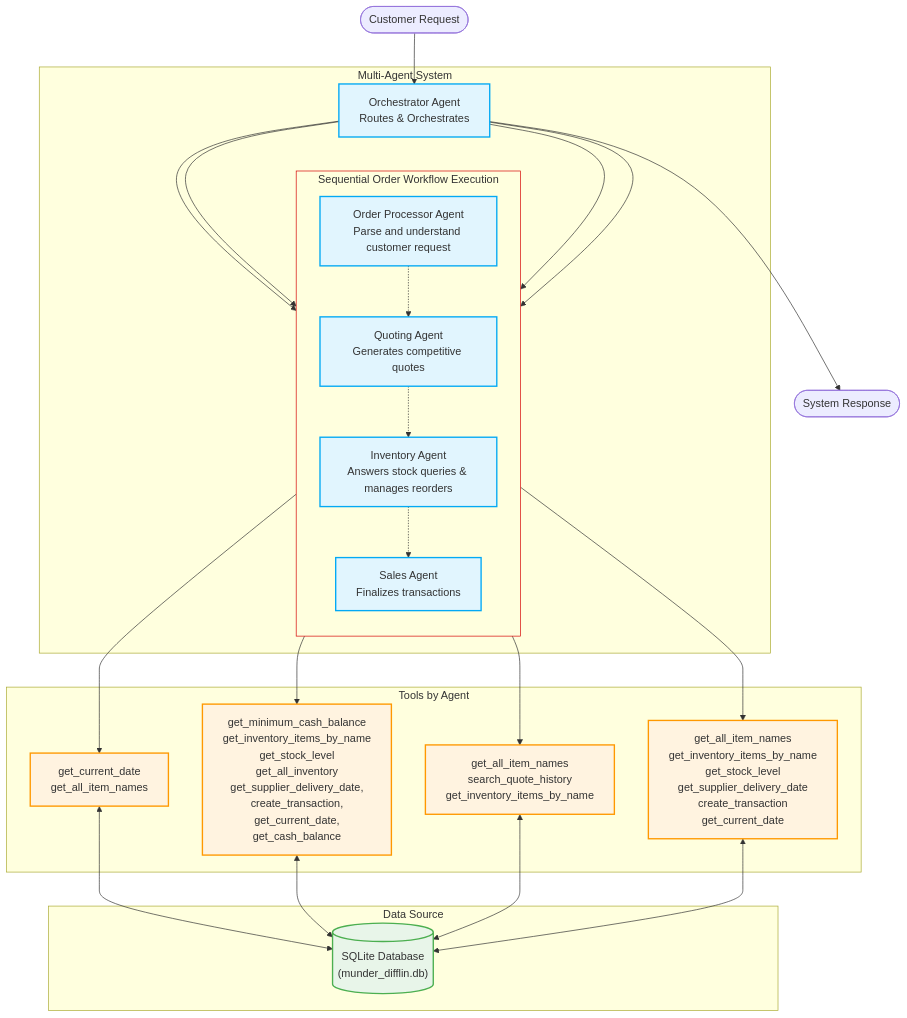
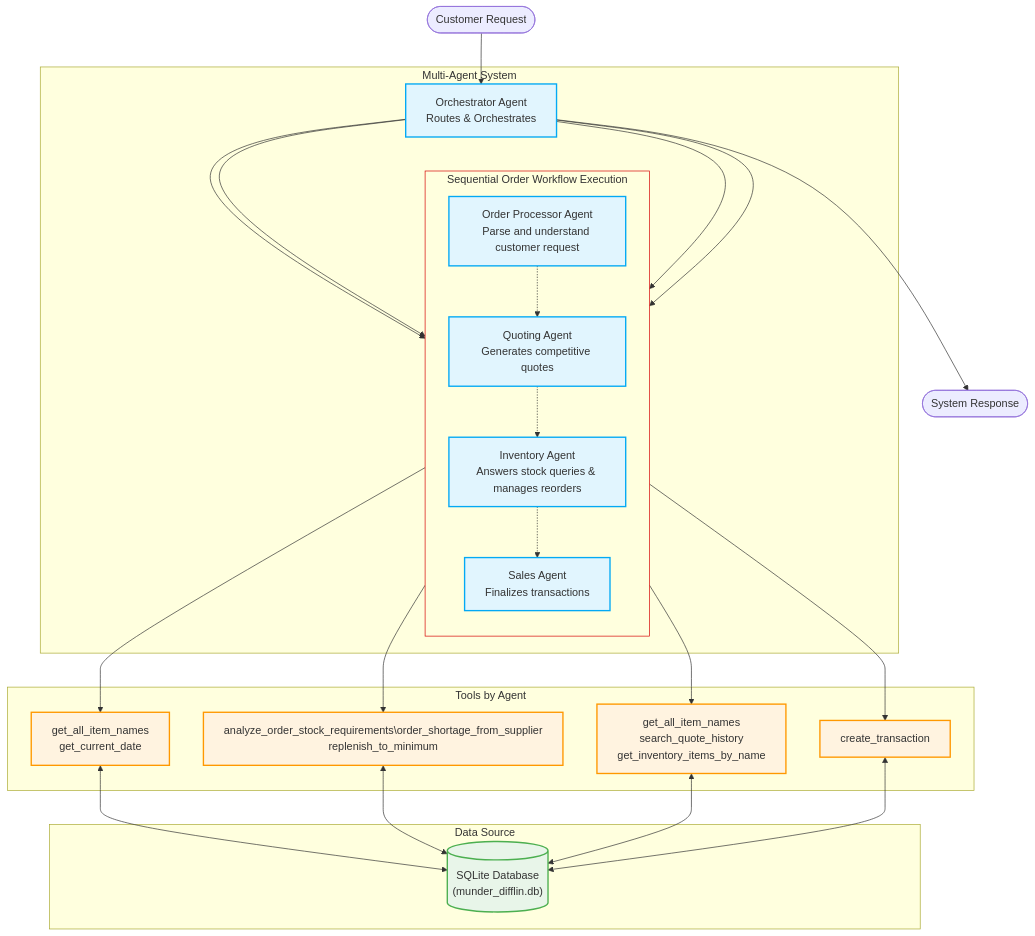
The diagram in project/DIAGRAM.md (RussellRC/MultiAgentSystems), drawn with Mermaid before and after one commit. The commit also changed 12 other files, not shown here.

````diff
--- a/project/DIAGRAM.md
+++ b/project/DIAGRAM.md
@@ -3,56 +3,56 @@
 ```mermaid
 flowchart TD
   subgraph "Multi-Agent System"
     Orchestrator[Orchestrator Agent\nRoutes & Orchestrates]
     OrderProcessorAgent[Order Processor Agent\nParse and understand customer request]
     QuotingAgent[Quoting Agent\nGenerates competitive quotes]
     InventoryAgent[Inventory Agent\nAnswers stock queries & manages reorders]
     SalesAgent[Sales Agent\nFinalizes transactions]
 
     subgraph OrderWorkflow [Sequential Order Workflow Execution]
       direction TB
       OrderProcessorAgent -.-> QuotingAgent
       QuotingAgent -.-> InventoryAgent
       InventoryAgent -.-> SalesAgent
     end
   end
 
   CustomerInput([Customer Request]) --> Orchestrator
   Orchestrator --> OrderProcessorAgent
   Orchestrator --> QuotingAgent
   Orchestrator --> InventoryAgent
   Orchestrator --> SalesAgent
   Orchestrator --> SystemOutput([System Response])
 
   subgraph "Tools by Agent"
-    OrderProcessorAgent --> ProcTools["get_current_date\nget_all_item_names"]
+    OrderProcessorAgent --> ProcTools["get_all_item_names\nget_current_date\n"]
     QuotingAgent --> QuoteTools["get_all_item_names\nsearch_quote_history\nget_inventory_items_by_name\n"]
-    InventoryAgent --> InvTools["get_minimum_cash_balance\nget_inventory_items_by_name\nget_stock_level\nget_all_inventory\nget_supplier_delivery_date,\ncreate_transaction,\nget_current_date,\nget_cash_balance"]
-    SalesAgent --> SalesTools["get_all_item_names\nget_inventory_items_by_name\nget_stock_level\nget_supplier_delivery_date\ncreate_transaction\nget_current_date"]
+    InventoryAgent --> InvTools["analyze_order_stock_requirements\order_shortage_from_supplier\nreplenish_to_minimum"]
+    SalesAgent --> SalesTools["create_transaction"]
   end
 
   subgraph "Data Source"
     SQLiteDB[("SQLite Database\n(munder_difflin.db)")]
   end
 
   ProcTools <--> SQLiteDB
   InvTools <--> SQLiteDB
   QuoteTools <--> SQLiteDB
   SalesTools <--> SQLiteDB
   
   Orchestrator:::agent
   OrderProcessorAgent:::agent
   QuotingAgent:::agent
   InventoryAgent:::agent
   SalesAgent:::agent
   ProcTools:::tool
   InvTools:::tool
   QuoteTools:::tool
   SalesTools:::tool
   SQLiteDB:::db
 
   style OrderWorkflow stroke:#D50000
   classDef agent fill: #e1f5fe, stroke: #03a9f4, stroke-width: 2px
   classDef tool fill: #fff3e0, stroke: #ff9800, stroke-width: 2px
   classDef db fill:#e8f5e9,stroke:#4caf50,stroke-width:2px
 ```
````
